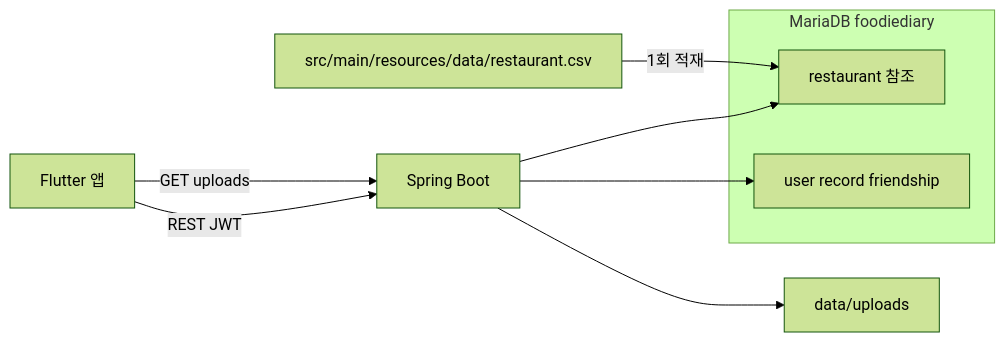
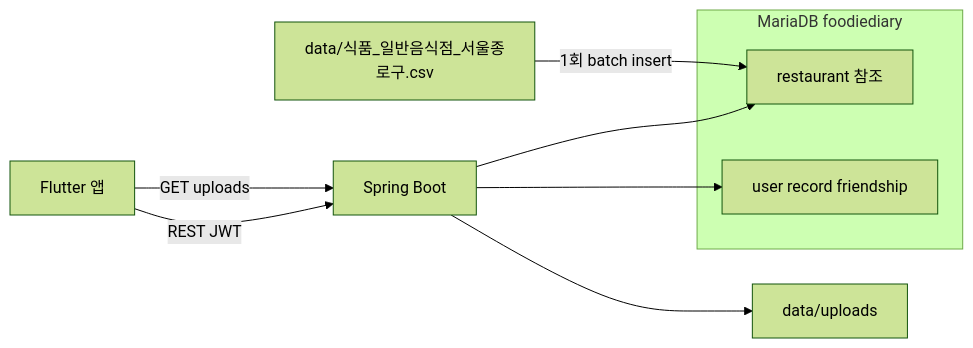
One commit to kaito-akabane/foodiediary changed the diagram in README.md. Above: the diagram before and after it, drawn with Mermaid (forest theme). The commit also changed other lines of this file and 15 other files, not shown here.

````diff
--- a/README.md
+++ b/README.md
@@ -484,18 +513,18 @@
 ```mermaid
 flowchart LR
   App[Flutter 앱]
   API[Spring Boot]
   subgraph mariadb [MariaDB foodiediary]
     Ref[restaurant 참조]
     AppTables[user record friendship]
   end
-  CSV[src/main/resources/data/restaurant.csv]
+  CSV["data/식품_일반음식점_서울종로구.csv"]
   Disk[data/uploads]
 
   App -->|REST JWT| API
   App -->|GET uploads| API
   API --> Ref
   API --> AppTables
   API --> Disk
-  CSV -->|"1회 적재"| Ref
+  CSV -->|"1회 batch insert"| Ref
 ```
````
